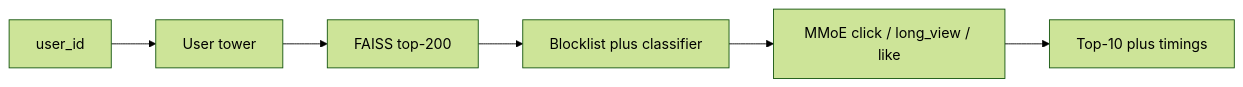
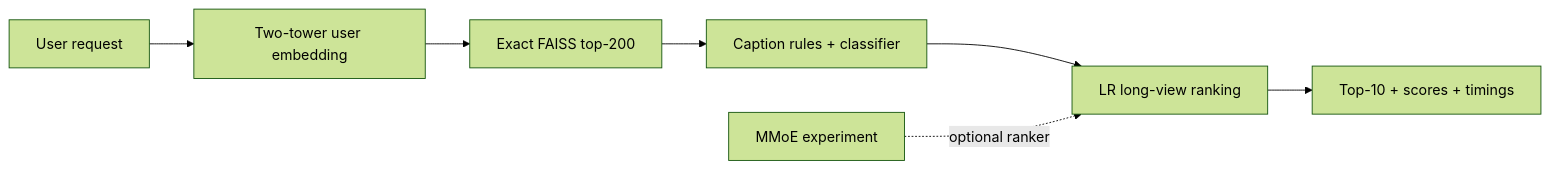
Before and after one commit to Dharshan2004/reelrank: the diagram in README.md, drawn with Mermaid (forest theme). The commit also changed other lines of this file and 13 other files, not shown here.

````diff
--- a/README.md
+++ b/README.md
@@ -7,8 +7,9 @@
 ```mermaid
 flowchart LR
-  req[user_id] --> userTower[User tower]
-  userTower --> faiss[FAISS top-200]
-  faiss --> safety[Blocklist plus classifier]
-  safety --> mmoe[MMoE click / long_view / like]
-  mmoe --> top10[Top-10 plus timings]
+  req[User request] --> tower[Two-tower user embedding]
+  tower --> flat[Exact FAISS top-200]
+  flat --> safety[Caption rules + classifier]
+  safety --> rank[LR long-view ranking]
+  rank --> feed[Top-10 + scores + timings]
+  experiment[MMoE experiment] -. optional ranker .-> rank
 ```
````
